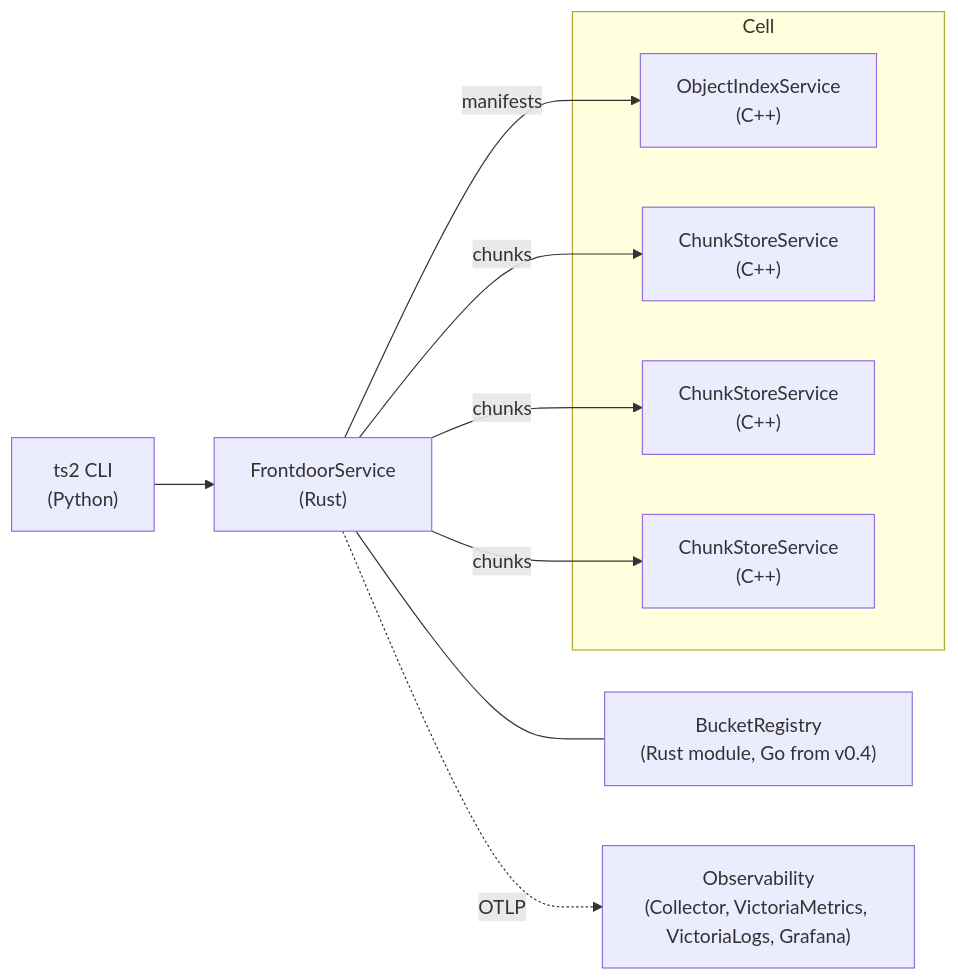
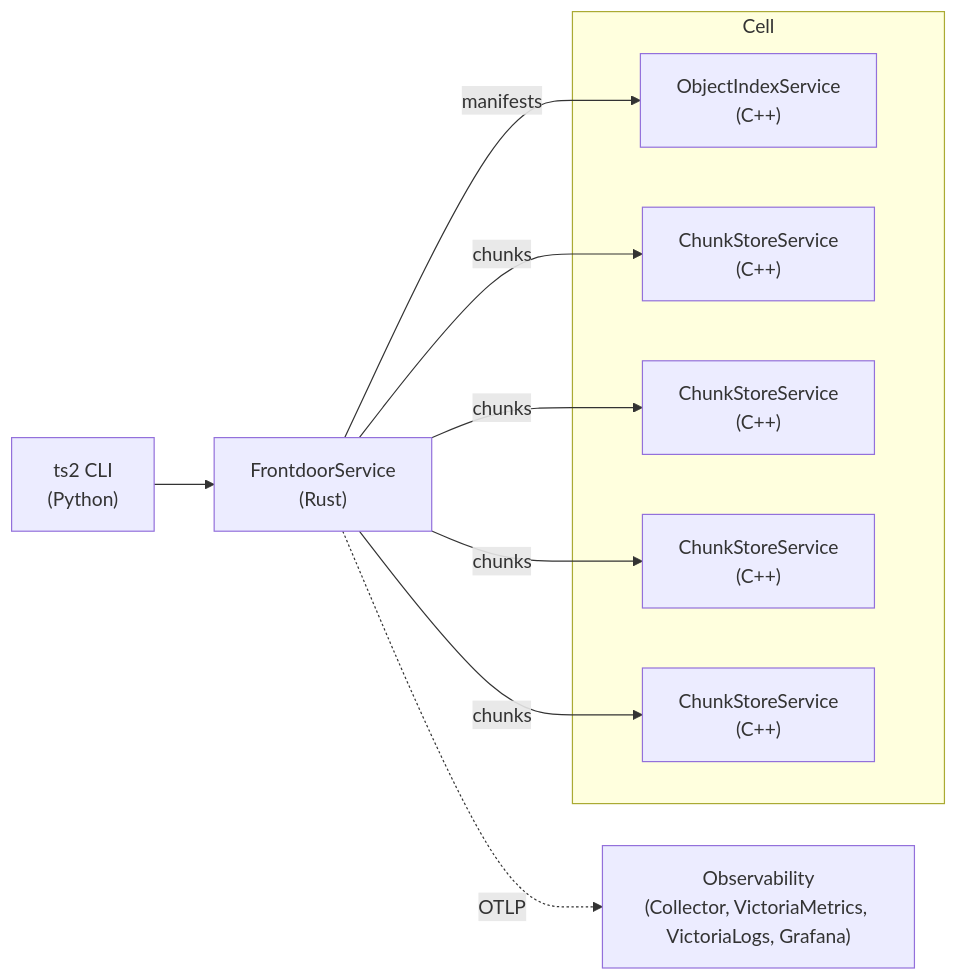
Before and after one commit to pratikSethi/toy-storage-service: the diagram in docs/engineering/index.md, drawn with Mermaid. The commit also changed other lines of this file and 24 other files, not shown here.

````diff
--- a/docs/engineering/index.md
+++ b/docs/engineering/index.md
@@ -40,16 +40,17 @@
 ```mermaid
 flowchart LR
   C["ts2 CLI<br/>(Python)"] --> F["FrontdoorService<br/>(Rust)"]
-  F --- R["BucketRegistry<br/>(Rust module, Go from v0.4)"]
   subgraph Cell["Cell"]
     I["ObjectIndexService<br/>(C++)"]
     N1["ChunkStoreService<br/>(C++)"]
     N2["ChunkStoreService<br/>(C++)"]
     N3["ChunkStoreService<br/>(C++)"]
+    N4["ChunkStoreService<br/>(C++)"]
   end
   F -->|manifests| I
   F -->|chunks| N1
   F -->|chunks| N2
   F -->|chunks| N3
+  F -->|chunks| N4
   F -.->|OTLP| O["Observability<br/>(Collector, VictoriaMetrics, VictoriaLogs, Grafana)"]
 ```
````
